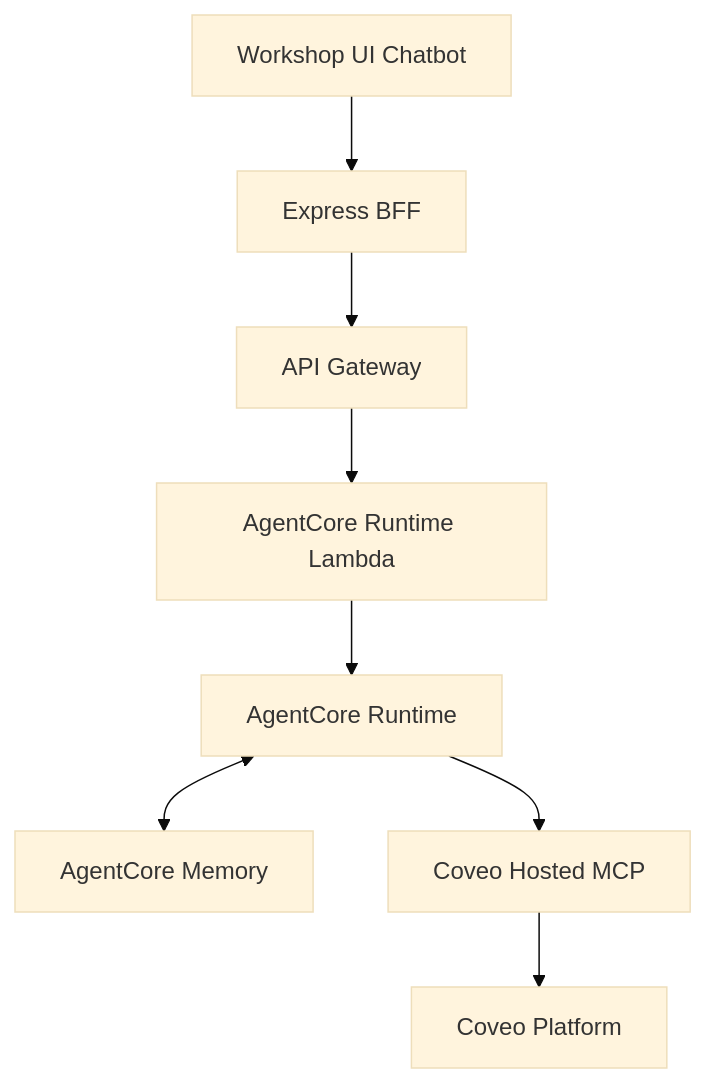
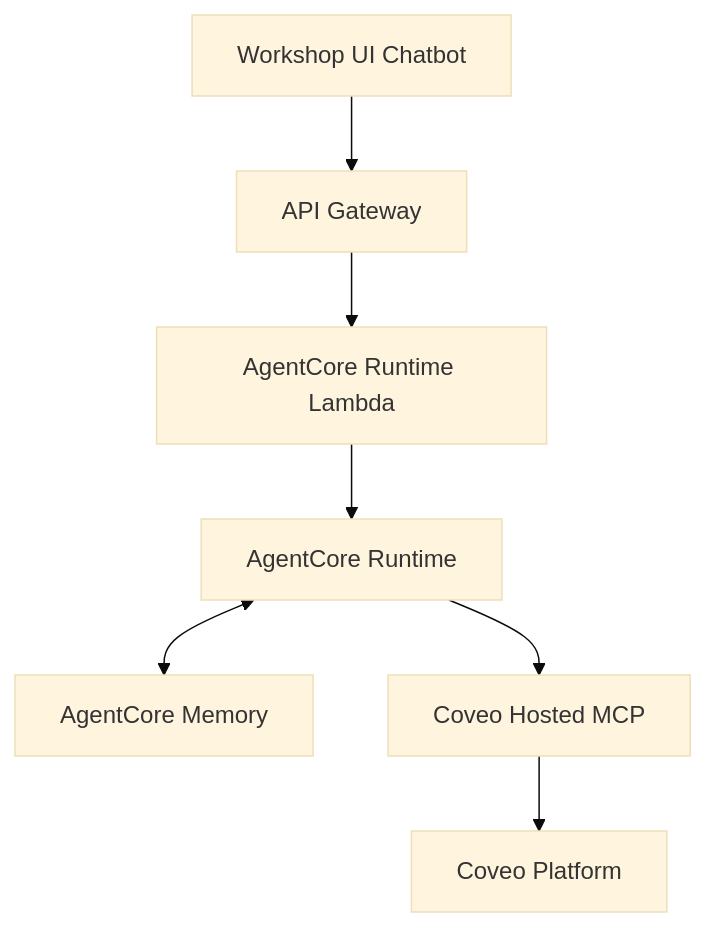
Before and after one commit to kpullagu/aws-coveo-workshop-stackset: the diagram in mkdocs-workshop/docs/lab2/index.md, drawn with Mermaid (base theme). The commit also changed other lines of this file and 15 other files, not shown here.

````diff
--- a/mkdocs-workshop/docs/lab2/index.md
+++ b/mkdocs-workshop/docs/lab2/index.md
@@ -26,19 +22,17 @@
 ```mermaid
 graph TB
     UI[Workshop UI Chatbot]
-    BFF[Express BFF]
     API[API Gateway]
     LAMBDA[AgentCore Runtime Lambda]
     RUNTIME[AgentCore Runtime]
     MEMORY[AgentCore Memory]
     MCP[Coveo Hosted MCP]
     COVEO[Coveo Platform]
 
-    UI --> BFF
-    BFF --> API
+    UI --> API
     API --> LAMBDA
     LAMBDA --> RUNTIME
     RUNTIME <--> MEMORY
     RUNTIME --> MCP
     MCP --> COVEO
 ```
````
